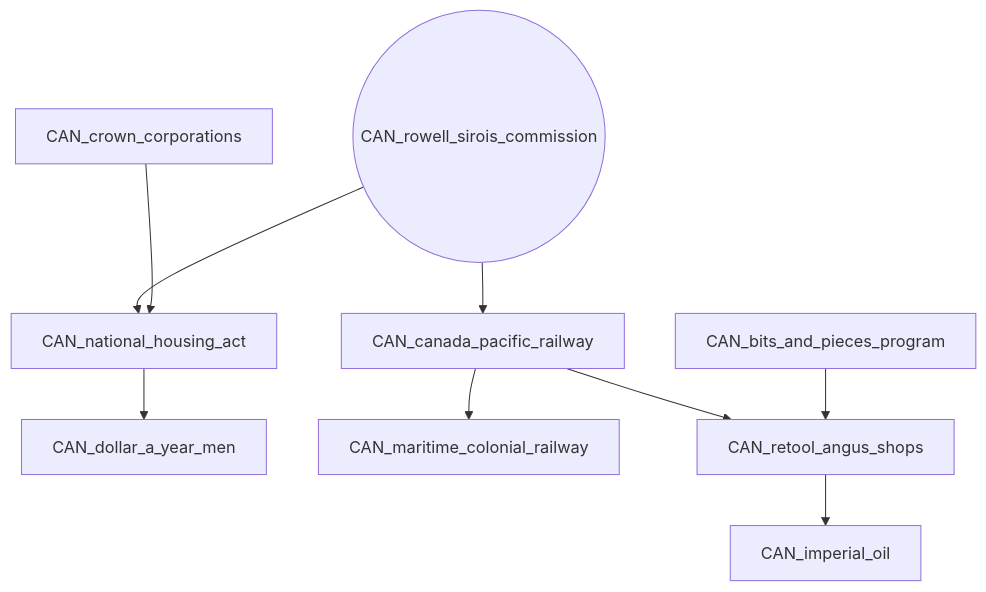
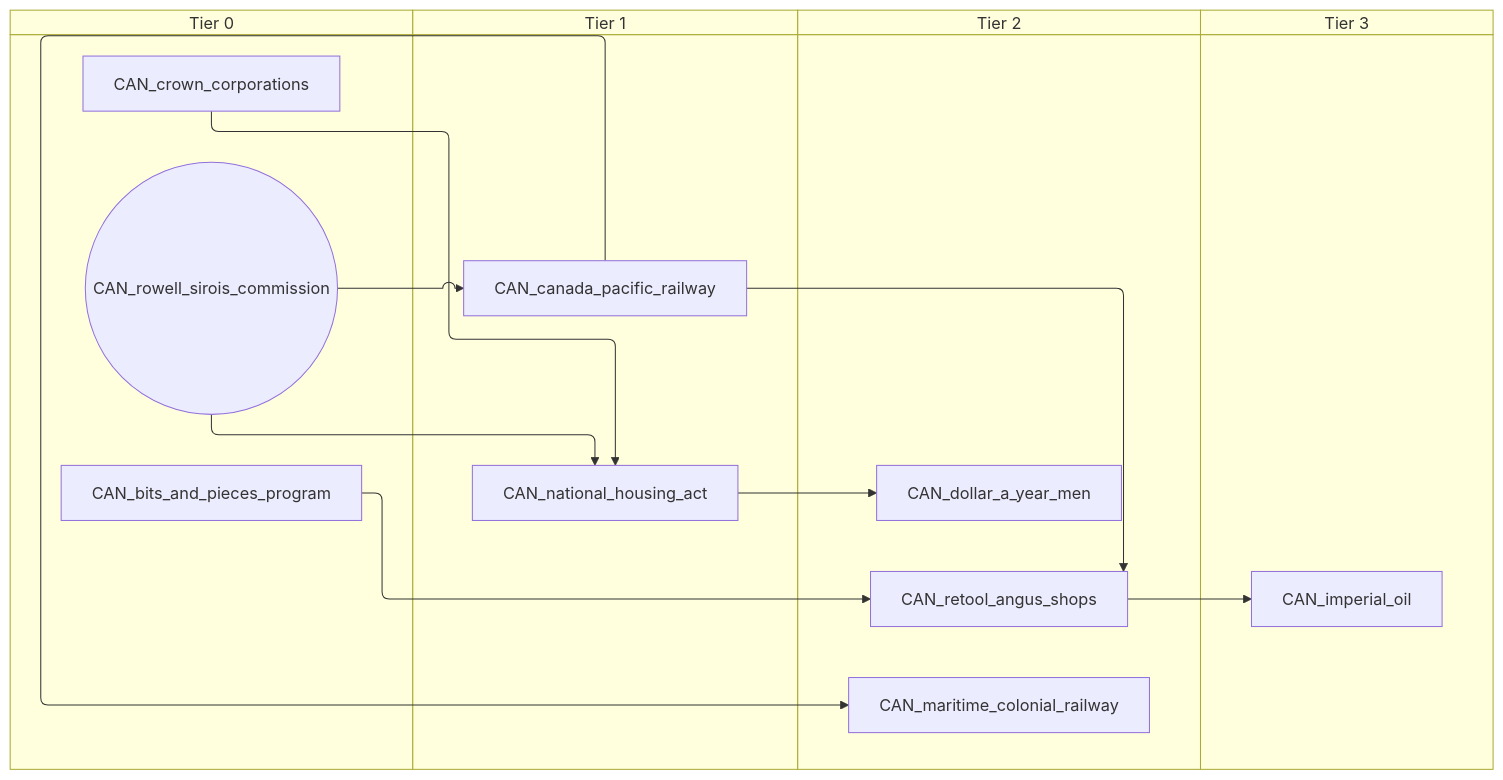
The seventh of 9 diagrams in docs/gdd/National Focuses/canada.md (evgeny-sobol/hoi4-sandbox-mode), drawn with Mermaid before and after one commit. The commit also changed other lines of this file and 80 other files, not shown here.

First line of the commit message:
Add swimlane mode to focus graph exporter

````diff
--- a/docs/gdd/National Focuses/canada.md
+++ b/docs/gdd/National Focuses/canada.md
@@ -313,20 +385,28 @@
 ```mermaid
-flowchart TD
-    n18["CAN_bits_and_pieces_program"]
-    n19["CAN_canada_pacific_railway"]
-    n20["CAN_crown_corporations"]
-    n24["CAN_dollar_a_year_men"]
-    n27["CAN_imperial_oil"]
-    n95["CAN_maritime_colonial_railway"]
-    n29["CAN_national_housing_act"]
-    n33["CAN_retool_angus_shops"]
-    n34(("CAN_rowell_sirois_commission"))
-    n34 --> n19
-    n29 --> n24
-    n33 --> n27
-    n19 --> n95
-    n34 --> n29
-    n20 --> n29
-    n19 --> n33
+swimlane-beta TD
+    subgraph tier_0["Tier 0"]
+        n27["CAN_bits_and_pieces_program"]
+        n19["CAN_crown_corporations"]
+        n23(("CAN_rowell_sirois_commission"))
+    end
+    subgraph tier_1["Tier 1"]
+        n18["CAN_canada_pacific_railway"]
+        n26["CAN_national_housing_act"]
+    end
+    subgraph tier_2["Tier 2"]
+        n28["CAN_dollar_a_year_men"]
+        n95["CAN_maritime_colonial_railway"]
+        n33["CAN_retool_angus_shops"]
+    end
+    subgraph tier_3["Tier 3"]
+        n35["CAN_imperial_oil"]
+    end
+    n23 --> n18
+    n26 --> n28
+    n33 --> n35
+    n18 --> n95
+    n23 --> n26
+    n19 --> n26
     n18 --> n33
+    n27 --> n33
 ```
````
